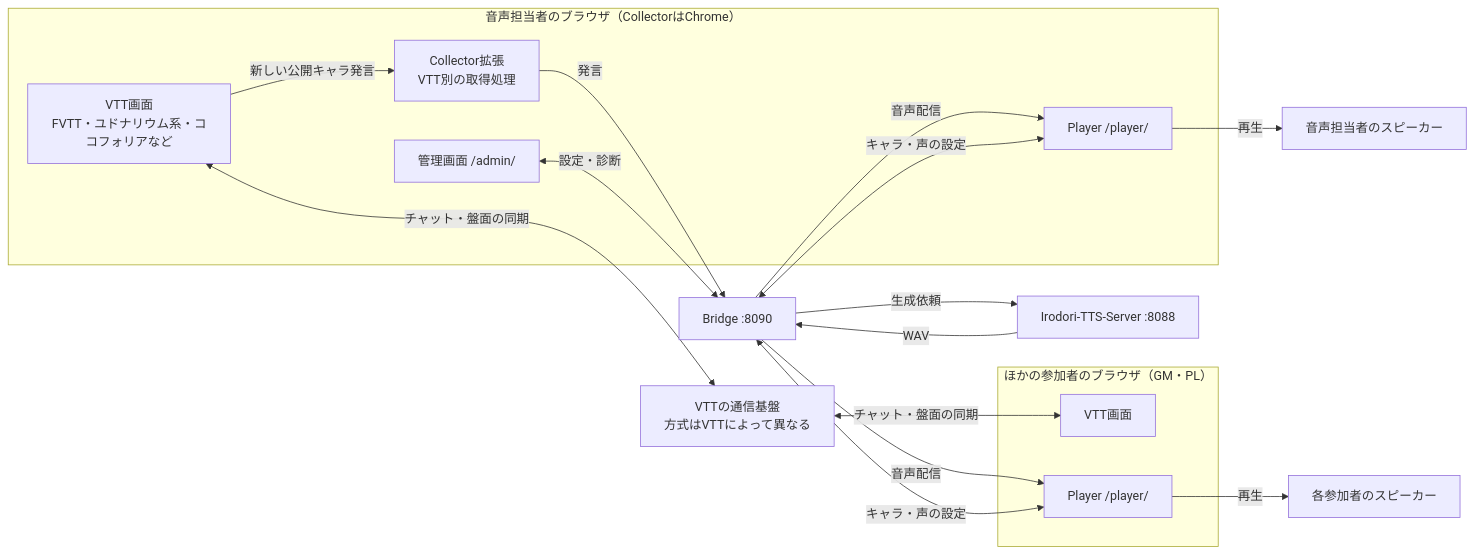
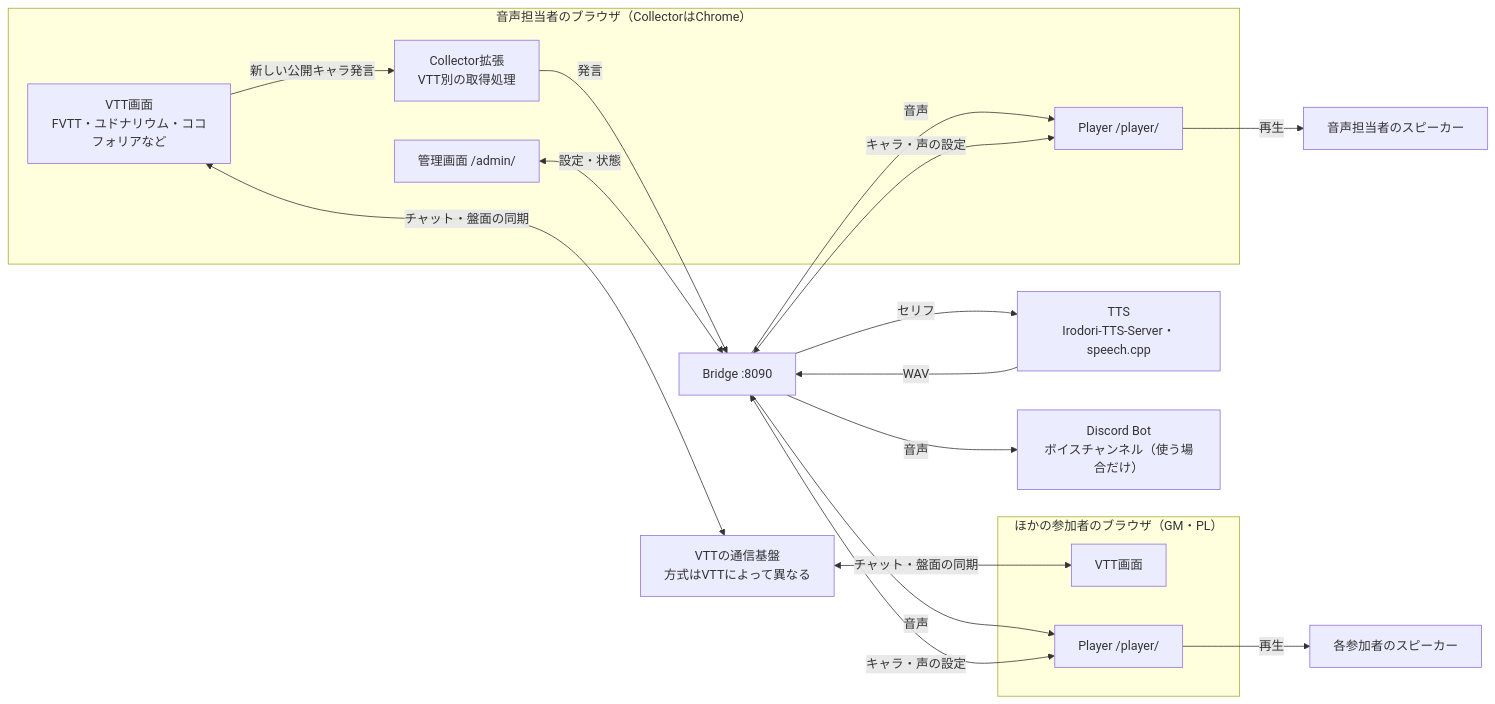
Before and after one commit to okamichi/trpg-voice-bridge: the diagram in docs/setup-guide.md, drawn with Mermaid. The commit also changed other lines of this file and 32 other files, not shown here.

````diff
--- a/docs/setup-guide.md
+++ b/docs/setup-guide.md
@@ -53,34 +44,36 @@
 ```mermaid
 flowchart LR
   subgraph VoiceHost["音声担当者のブラウザ（CollectorはChrome）"]
-    HostVTT["VTT画面<br/>FVTT・ユドナリウム系・ココフォリアなど"]
+    HostVTT["VTT画面<br/>FVTT・ユドナリウム・ココフォリアなど"]
     Collector["Collector拡張<br/>VTT別の取得処理"]
     Admin["管理画面 /admin/"]
     HostPlayer["Player /player/"]
   end
 
   subgraph Participants["ほかの参加者のブラウザ（GM・PL）"]
     PVTT["VTT画面"]
     PPlayer["Player /player/"]
   end
 
   VTTNetwork["VTTの通信基盤<br/>方式はVTTによって異なる"]
   Bridge["Bridge :8090"]
-  TTS["Irodori-TTS-Server :8088"]
+  TTS["TTS<br/>Irodori-TTS-Server・speech.cpp"]
+  Discord["Discord Bot<br/>ボイスチャンネル（使う場合だけ）"]
   HostSpeaker["音声担当者のスピーカー"]
   PSpeaker["各参加者のスピーカー"]
 
   HostVTT <-->|チャット・盤面の同期| VTTNetwork
   VTTNetwork <-->|チャット・盤面の同期| PVTT
   HostVTT -->|新しい公開キャラ発言| Collector
   Collector -->|発言| Bridge
-  Admin <-->|設定・診断| Bridge
-  Bridge -->|生成依頼| TTS
+  Admin <-->|設定・状態| Bridge
+  Bridge -->|セリフ| TTS
   TTS -->|WAV| Bridge
-  Bridge -->|音声配信| HostPlayer
-  Bridge -->|音声配信| PPlayer
+  Bridge -->|音声| HostPlayer
+  Bridge -->|音声| PPlayer
+  Bridge -->|音声| Discord
   HostPlayer <-->|キャラ・声の設定| Bridge
   PPlayer <-->|キャラ・声の設定| Bridge
   HostPlayer -->|再生| HostSpeaker
   PPlayer -->|再生| PSpeaker
 ```
````
